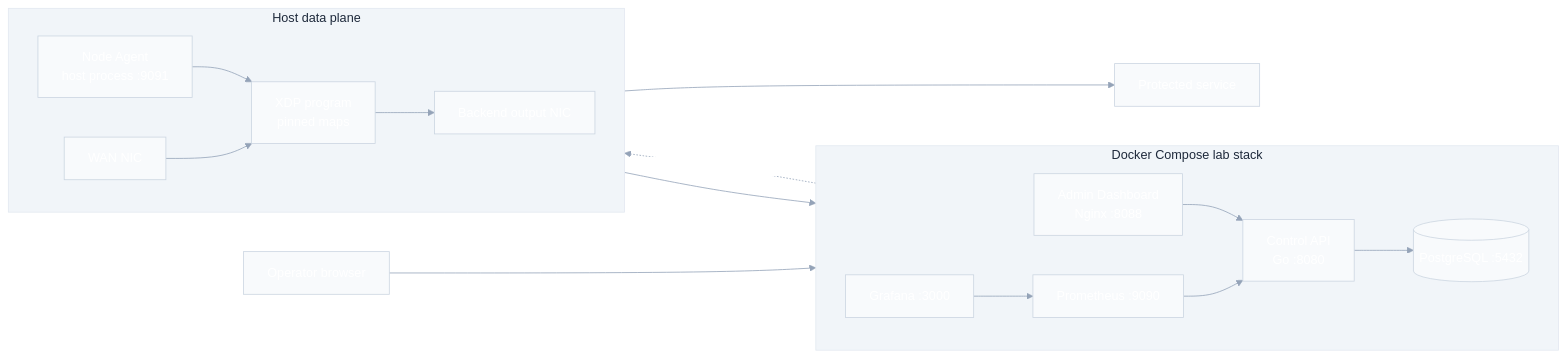
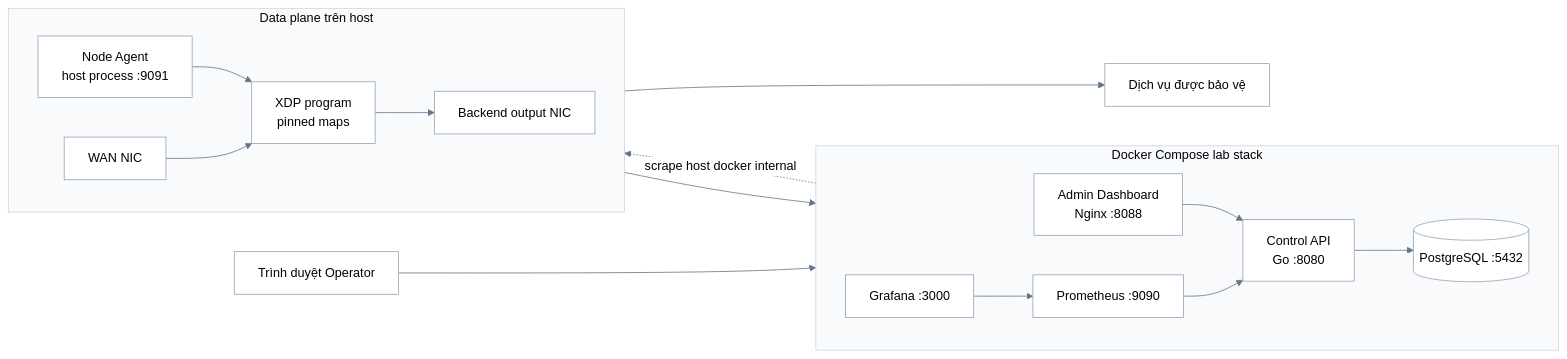
One commit to ken9xkyo/anti-ddos changed the diagram in docs/diagrams/system-architecture/lab-deployment-flow.mmd. Above: the diagram before and after it, drawn with Mermaid. The commit also changed 14 other files, not shown here.

```diff
--- a/docs/diagrams/system-architecture/lab-deployment-flow.mmd
+++ b/docs/diagrams/system-architecture/lab-deployment-flow.mmd
@@ -1,34 +1,34 @@
-%%{init: {'theme':'base','themeVariables': {'primaryColor':'#4f46e5','primaryTextColor':'#ffffff','primaryBorderColor':'#3730a3','lineColor':'#94a3b8','secondaryColor':'#10b981','tertiaryColor':'#f59e0b','background':'#ffffff','mainBkg':'#f8fafc','nodeBorder':'#cbd5e1','clusterBkg':'#f1f5f9','clusterBorder':'#e2e8f0','titleColor':'#1e293b','edgeLabelBackground':'#ffffff','textColor':'#334155'}}}%%
+%%{init: {'theme':'base','themeVariables': {'primaryColor':'#f8fafc','primaryTextColor':'#000000','primaryBorderColor':'#94a3b8','lineColor':'#64748b','secondaryColor':'#e0f2fe','tertiaryColor':'#fef3c7','background':'#ffffff','mainBkg':'#ffffff','nodeBorder':'#94a3b8','clusterBkg':'#f8fafc','clusterBorder':'#cbd5e1','titleColor':'#000000','edgeLabelBackground':'#ffffff','textColor':'#000000','nodeTextColor':'#000000','labelTextColor':'#000000'}}}%%
 flowchart LR
-    browser[Operator browser]
+    browser[Trình duyệt Operator]
 
     subgraph compose["Docker Compose lab stack"]
         direction LR
         dashboard[Admin Dashboard<br/>Nginx :8088]
         api[Control API<br/>Go :8080]
         db[(PostgreSQL :5432)]
         prometheus[Prometheus :9090]
         grafana[Grafana :3000]
     end
 
-    subgraph host["Host data plane"]
+    subgraph host["Data plane trên host"]
         direction LR
         agent[Node Agent<br/>host process :9091]
         xdp[XDP program<br/>pinned maps]
         wan[WAN NIC]
         output[Backend output NIC]
     end
 
-    service[Protected service]
+    service[Dịch vụ được bảo vệ]
 
     browser --> dashboard
     dashboard --> api
     api --> db
     grafana --> prometheus
     prometheus --> api
     prometheus -. scrape host docker internal .-> agent
     agent --> api
     agent --> xdp
     wan --> xdp
     xdp --> output
     output --> service
```
